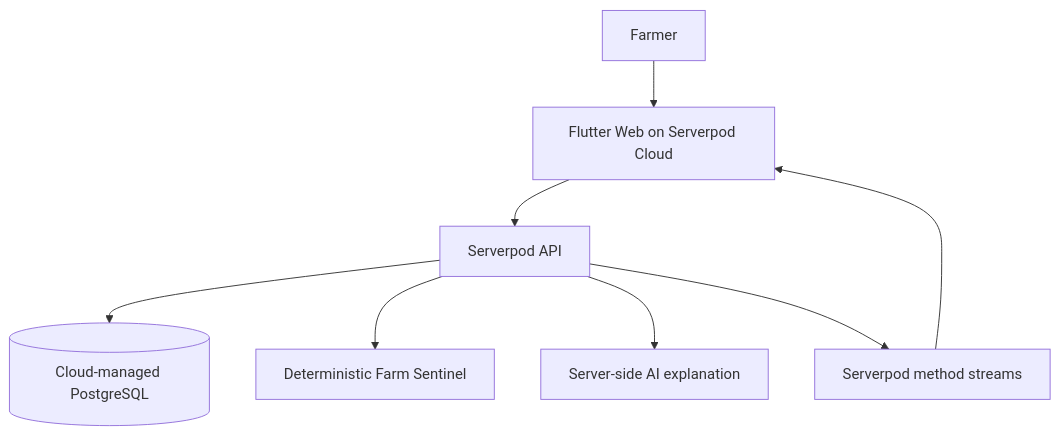
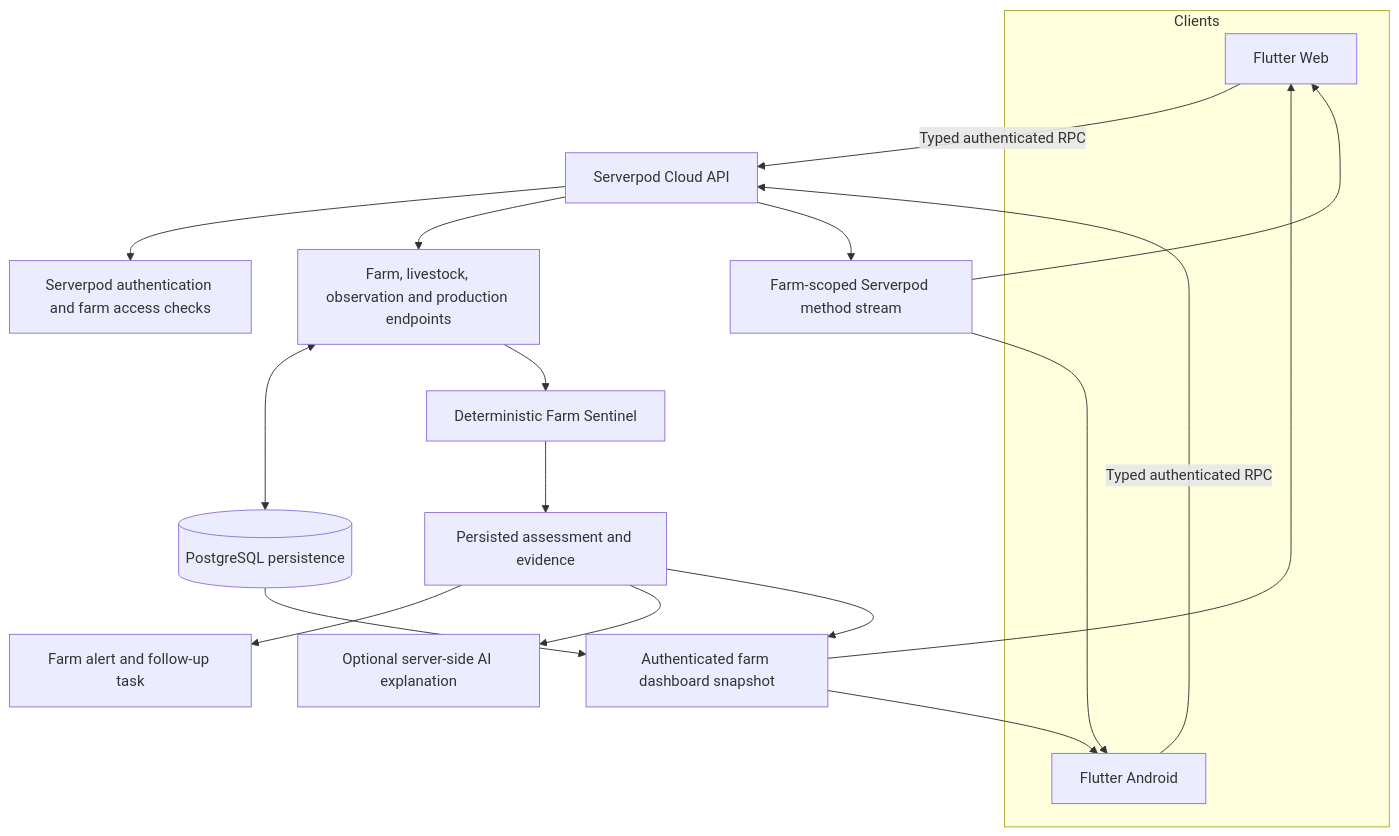
The diagram in README.md (gethsun1/mavuno), drawn with Mermaid before and after one commit. The commit also changed other lines of this file and 5 other files, not shown here.

````diff
--- a/README.md
+++ b/README.md
@@ -144,10 +89,23 @@
 ```mermaid
-flowchart TD
-  Farmer[Farmer] --> Web[Flutter Web on Serverpod Cloud]
-  Web --> API[Serverpod API]
-  API --> DB[(Cloud-managed PostgreSQL)]
-  API --> Sentinel[Deterministic Farm Sentinel]
-  API --> AI[Server-side AI explanation]
-  API --> Realtime[Serverpod method streams]
-  Realtime --> Web
+flowchart TB
+  subgraph Clients
+    Web[Flutter Web]
+    Android[Flutter Android]
+  end
+  Web -->|Typed authenticated RPC| API[Serverpod Cloud API]
+  Android -->|Typed authenticated RPC| API
+  API --> Auth[Serverpod authentication and farm access checks]
+  API --> Domain[Farm, livestock, observation and production endpoints]
+  Domain <--> DB[(PostgreSQL persistence)]
+  Domain --> Sentinel[Deterministic Farm Sentinel]
+  Sentinel --> Assessment[Persisted assessment and evidence]
+  Assessment --> Alert[Farm alert and follow-up task]
+  Assessment --> AI[Optional server-side AI explanation]
+  Assessment --> Dashboard[Authenticated farm dashboard snapshot]
+  DB --> Dashboard
+  Dashboard --> Web
+  Dashboard --> Android
+  API --> Events[Farm-scoped Serverpod method stream]
+  Events --> Web
+  Events --> Android
 ```
````
